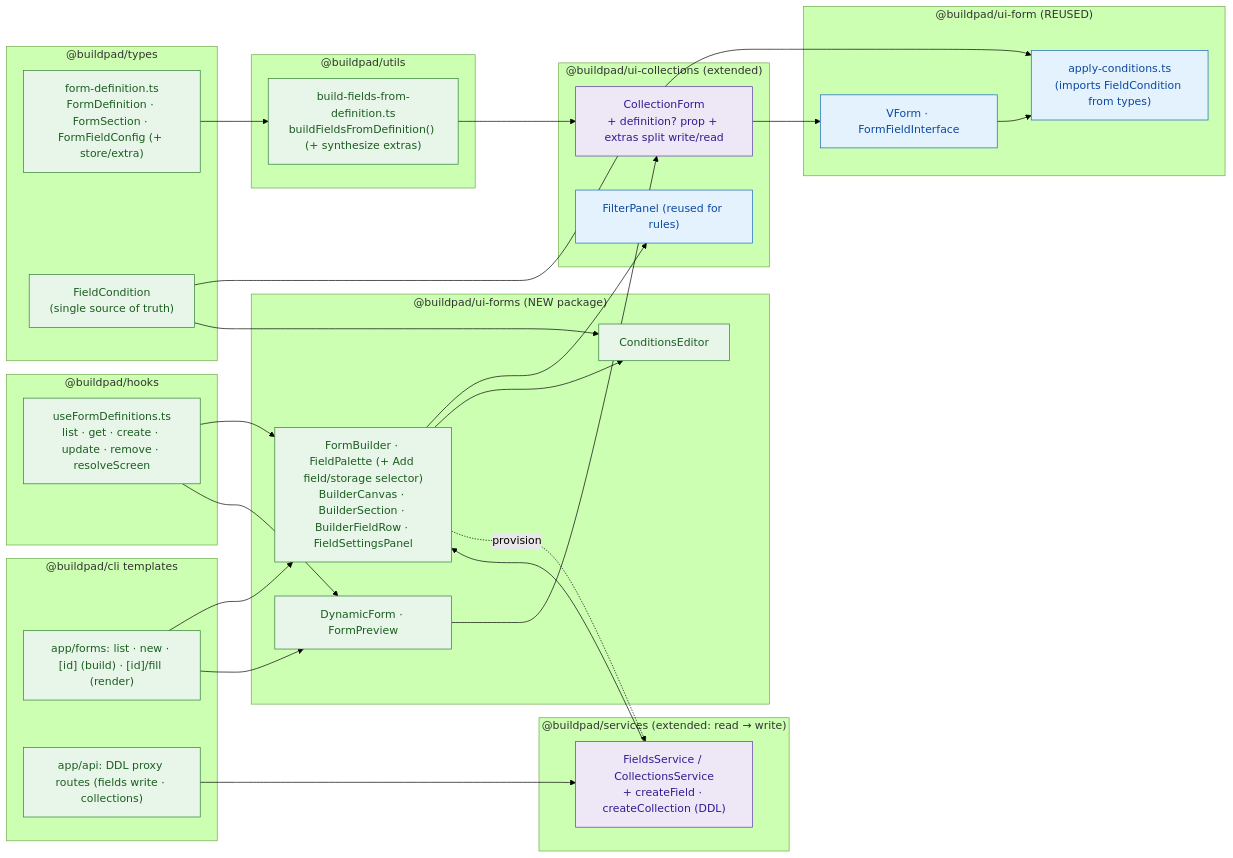
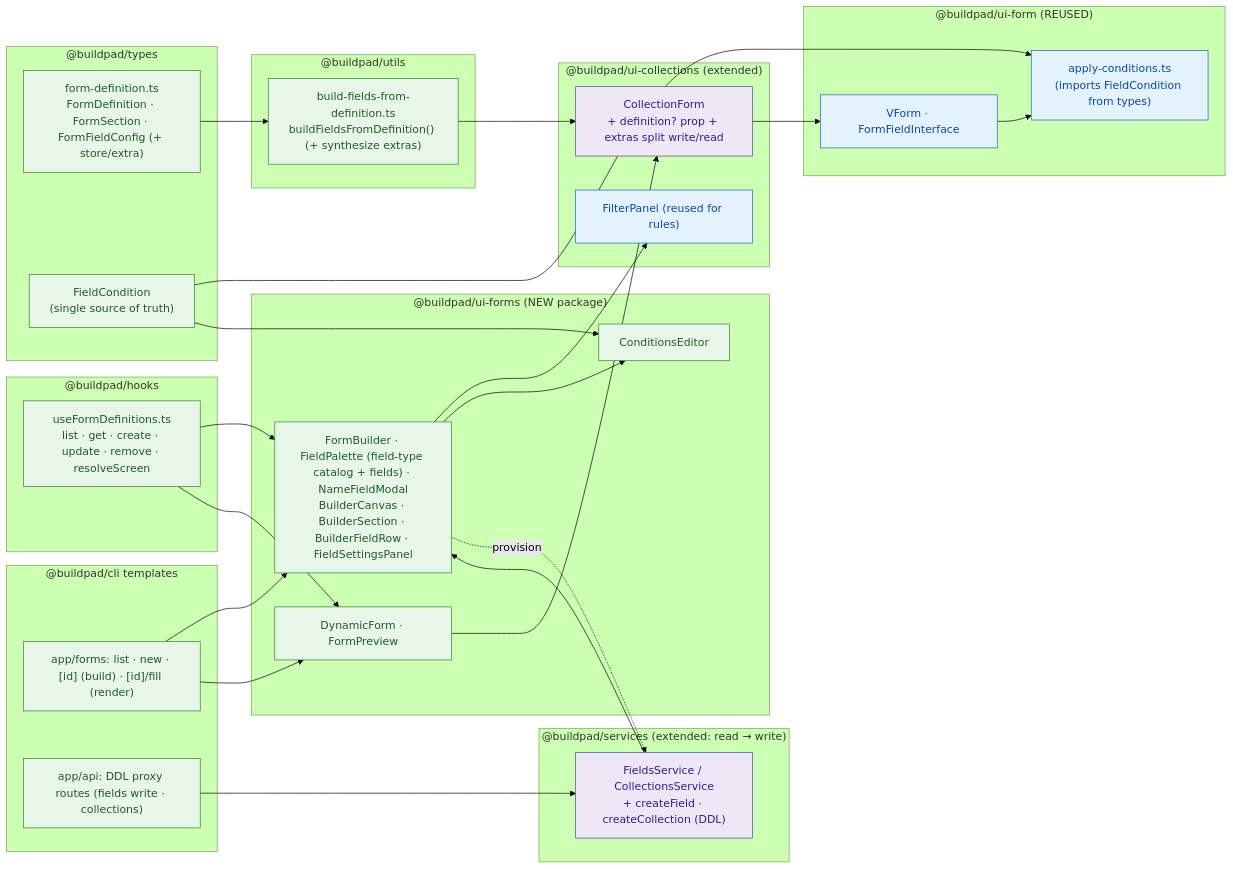
Before and after one commit to buildpad-ai/ui: the fourth of 18 diagrams in .kiro/specs/dynamic-form-builder/diagrams.md, drawn with Mermaid (forest theme). The commit also changed other lines of this file and 15 other files, not shown here.

````diff
--- a/.kiro/specs/dynamic-form-builder/diagrams.md
+++ b/.kiro/specs/dynamic-form-builder/diagrams.md
@@ -211,57 +211,57 @@
 ```mermaid
 flowchart LR
     subgraph TYPES["@buildpad/types"]
         T1["form-definition.ts<br/>FormDefinition · FormSection · FormFieldConfig (+ store/extra)"]
         T2["FieldCondition<br/>(single source of truth)"]
     end
     subgraph UTILS["@buildpad/utils"]
         U1["build-fields-from-definition.ts<br/>buildFieldsFromDefinition() (+ synthesize extras)"]
     end
     subgraph HOOKS["@buildpad/hooks"]
         H1["useFormDefinitions.ts<br/>list · get · create · update · remove · resolveScreen"]
     end
     subgraph SVC["@buildpad/services (extended: read → write)"]
         S1["FieldsService / CollectionsService<br/>+ createField · createCollection (DDL)"]
     end
     subgraph UIFORM["@buildpad/ui-form (REUSED)"]
         V1["VForm · FormFieldInterface"]
         V2["apply-conditions.ts<br/>(imports FieldCondition from types)"]
     end
     subgraph UICOL["@buildpad/ui-collections (extended)"]
         C1["CollectionForm<br/>+ definition? prop + extras split write/read"]
         C2["FilterPanel (reused for rules)"]
     end
     subgraph UIFORMS["@buildpad/ui-forms (NEW package)"]
-        F1["FormBuilder · FieldPalette (+ Add field/storage selector)<br/>BuilderCanvas · BuilderSection · BuilderFieldRow · FieldSettingsPanel"]
+        F1["FormBuilder · FieldPalette (field-type catalog + fields) · NameFieldModal<br/>BuilderCanvas · BuilderSection · BuilderFieldRow · FieldSettingsPanel"]
         F2["ConditionsEditor"]
         F3["DynamicForm · FormPreview"]
     end
     subgraph CLI["@buildpad/cli templates"]
         R1["app/forms: list · new · [id] (build) · [id]/fill (render)"]
         R2["app/api: DDL proxy routes (fields write · collections)"]
     end
 
     T1 --> U1
     T2 --> V2
     T2 --> F2
     U1 --> C1
     H1 --> F1
     H1 --> F3
     S1 --> F1
     F1 --> C2
     F1 --> F2
     F1 -. provision .-> S1
     F3 --> C1
     C1 --> V1
     V1 --> V2
     R1 --> F1
     R1 --> F3
     R2 --> S1
 
     classDef new fill:#e8f5e9,stroke:#2e7d32,color:#1b5e20;
     classDef reuse fill:#e3f2fd,stroke:#1565c0,color:#0d47a1;
     classDef ext fill:#ede7f6,stroke:#5e35b1,color:#311b92;
     class T1,T2,U1,H1,F1,F2,F3,R1,R2 new;
     class V1,V2,C2 reuse;
     class S1,C1 ext;
 ```
````
